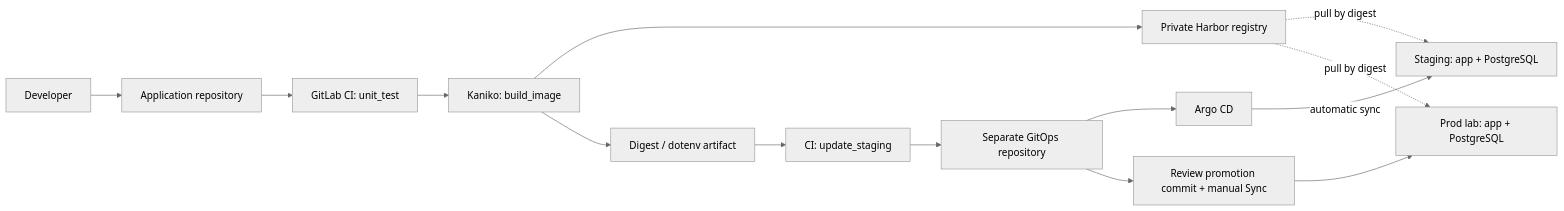
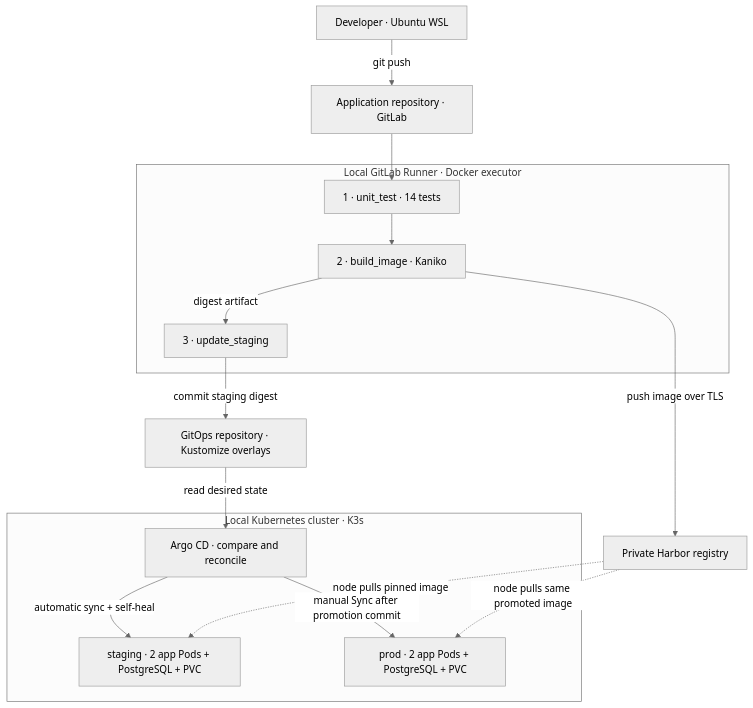
The diagram in README.md (khimkhum/devops-demo-app), drawn with Mermaid (neutral theme) before and after one commit. The commit also changed other lines of this file and 1 other file, not shown here.

Commit message:
Present delivery architecture, verified results and incident analysis in README

````diff
--- a/README.md
+++ b/README.md
@@ -17,16 +30,22 @@
 ```mermaid
-flowchart LR
-    Dev["Developer"] --> App["Application repository"]
-    App --> Tests["GitLab CI: unit_test"]
-    Tests --> Build["Kaniko: build_image"]
-    Build --> Registry["Private Harbor registry"]
-    Build --> Artifact["Digest / dotenv artifact"]
-    Artifact --> Update["CI: update_staging"]
-    Update --> Config["Separate GitOps repository"]
-    Config --> Argo["Argo CD"]
-    Argo -->|"automatic sync"| Staging["Staging: app + PostgreSQL"]
-    Config --> Approval["Review promotion commit + manual Sync"]
-    Approval --> Prod["Prod lab: app + PostgreSQL"]
-    Registry -.->|"pull by digest"| Staging
-    Registry -.->|"pull by digest"| Prod
+flowchart TB
+    Dev["Developer · Ubuntu WSL"] -->|"git push"| App["Application repository · GitLab"]
+    App --> Test
+
+    subgraph Runner["Local GitLab Runner · Docker executor"]
+        Test["1 · unit_test · 14 tests"] --> Build["2 · build_image · Kaniko"]
+        Build -->|"digest artifact"| Update["3 · update_staging"]
+    end
+
+    Build -->|"push image over TLS"| Harbor["Private Harbor registry"]
+    Update -->|"commit staging digest"| GitOps["GitOps repository · Kustomize overlays"]
+    GitOps -->|"read desired state"| Argo["Argo CD · compare and reconcile"]
+
+    subgraph Cluster["Local Kubernetes cluster · K3s"]
+        Argo -->|"automatic sync + self-heal"| Staging["staging · 2 app Pods + PostgreSQL + PVC"]
+        Argo -->|"manual Sync after promotion commit"| Prod["prod · 2 app Pods + PostgreSQL + PVC"]
+    end
+
+    Harbor -.->|"node pulls pinned image"| Staging
+    Harbor -.->|"node pulls same promoted image"| Prod
 ```
````
